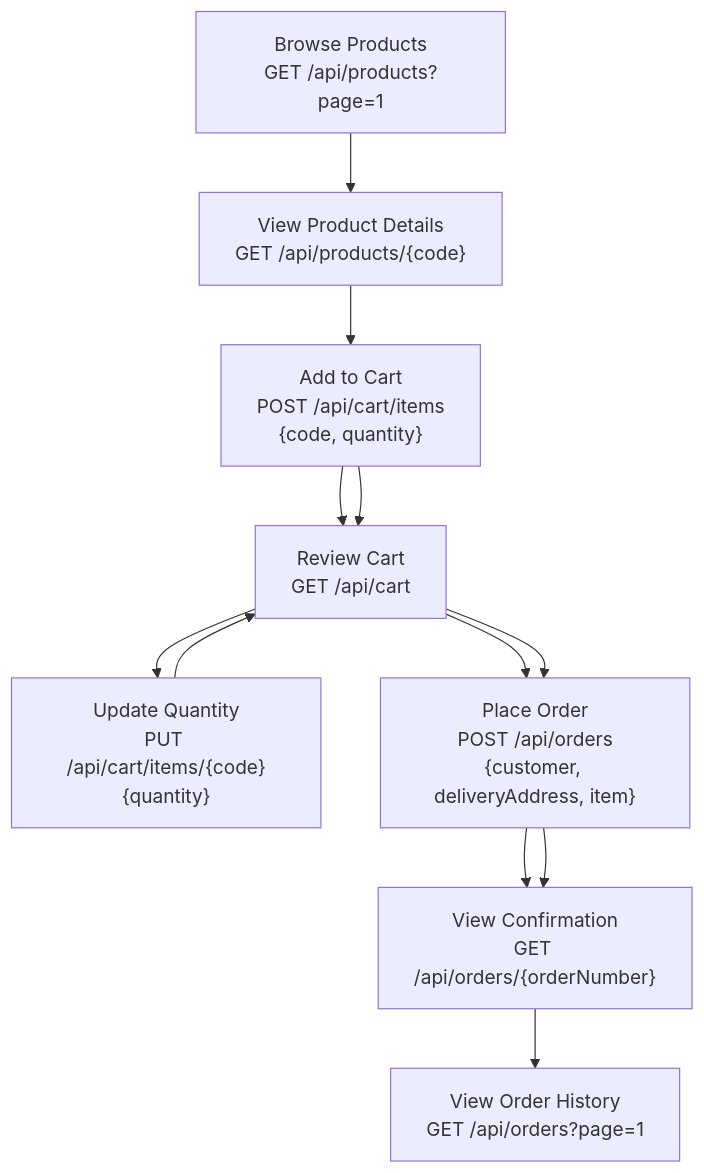
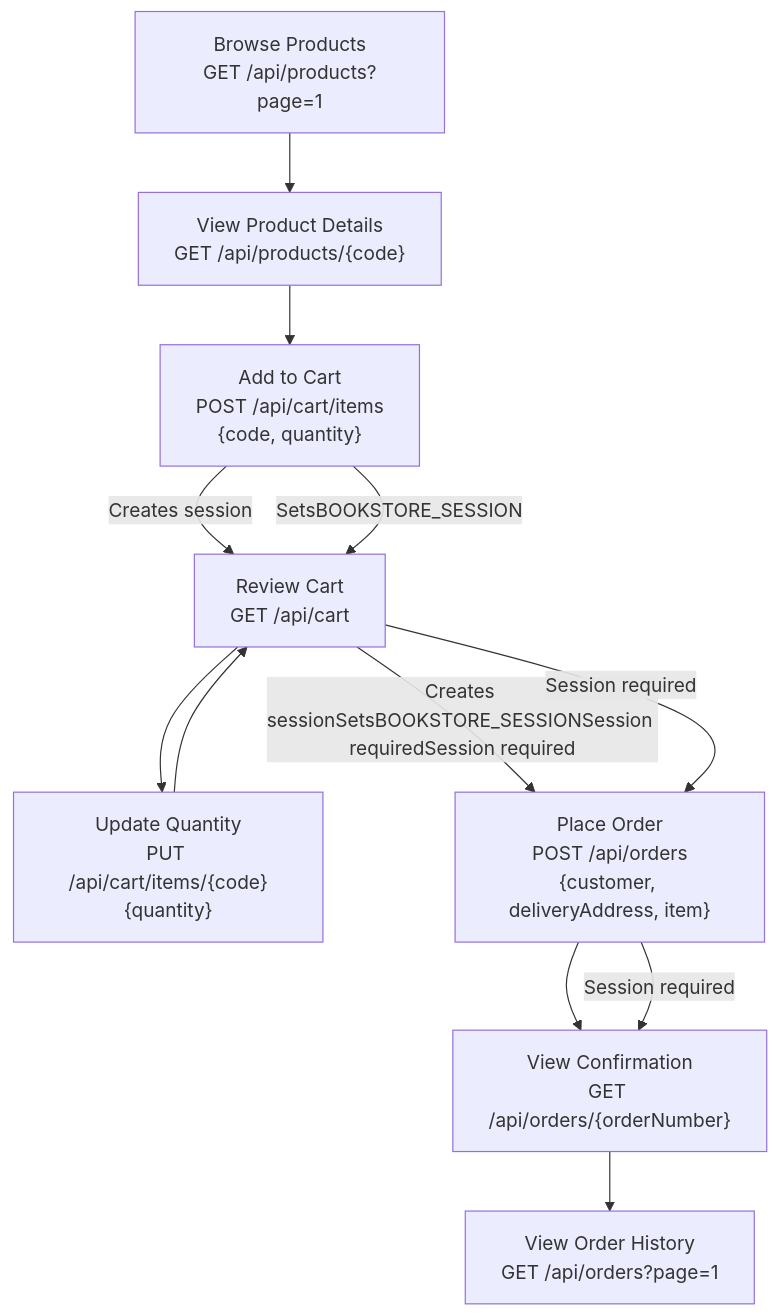
The fourth of 4 diagrams in docs/deepwiki/Web-Interface-and-Thymeleaf-Templates.md (philipz/spring-modular-monolith), drawn with Mermaid before and after one commit. The commit also changed other lines of this file and 55 other files, not shown here.

````diff
--- a/docs/deepwiki/Web-Interface-and-Thymeleaf-Templates.md
+++ b/docs/deepwiki/Web-Interface-and-Thymeleaf-Templates.md
@@ -219,24 +219,24 @@
 ```mermaid
 flowchart TD
 
 Browse["Browse Products<br>GET /api/products?page=1"]
 ViewDetails["View Product Details<br>GET /api/products/{code}"]
 AddToCart["Add to Cart<br>POST /api/cart/items<br>{code, quantity}"]
 ReviewCart["Review Cart<br>GET /api/cart"]
 UpdateQty["Update Quantity<br>PUT /api/cart/items/{code}<br>{quantity}"]
 PlaceOrder["Place Order<br>POST /api/orders<br>{customer, deliveryAddress, item}"]
 Confirmation["View Confirmation<br>GET /api/orders/{orderNumber}"]
 OrderHistory["View Order History<br>GET /api/orders?page=1"]
 
 Browse --> ViewDetails
 ViewDetails --> AddToCart
-AddToCart --> ReviewCart
+AddToCart -->|"Creates session"| ReviewCart
 ReviewCart --> UpdateQty
 UpdateQty --> ReviewCart
-ReviewCart --> PlaceOrder
+ReviewCart -->|"Creates sessionSetsBOOKSTORE_SESSIONSession requiredSession required"| PlaceOrder
 PlaceOrder --> Confirmation
 Confirmation --> OrderHistory
-AddToCart --> ReviewCart
-ReviewCart --> PlaceOrder
-PlaceOrder --> Confirmation
+AddToCart -->|"SetsBOOKSTORE_SESSION"| ReviewCart
+ReviewCart -->|"Session required"| PlaceOrder
+PlaceOrder -->|"Session required"| Confirmation
 ```
````
